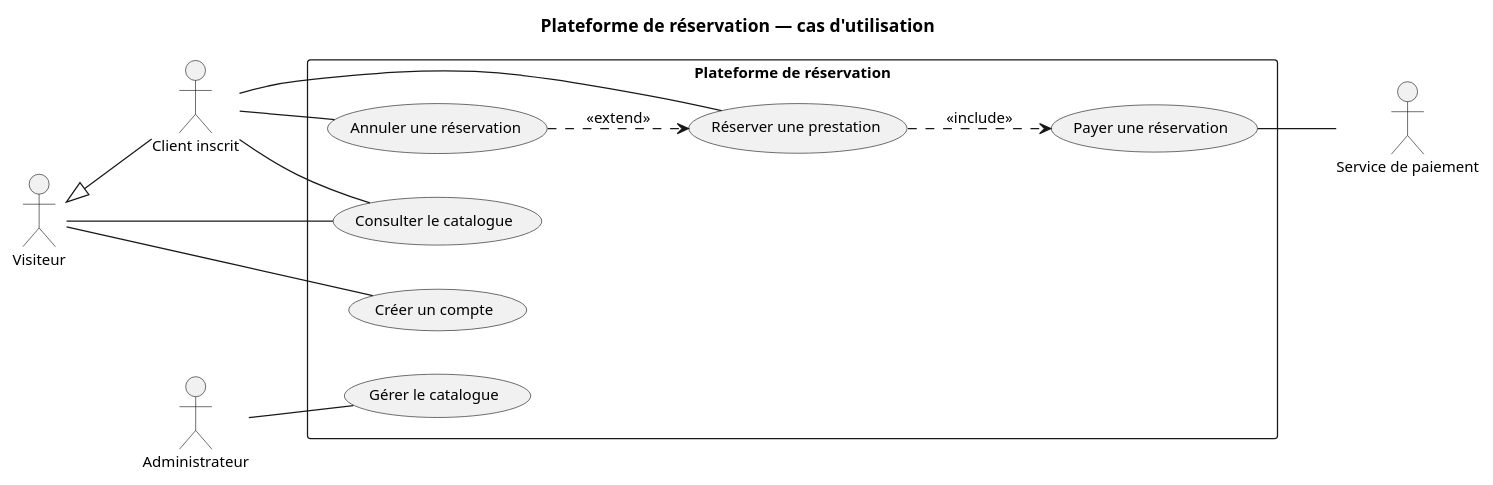
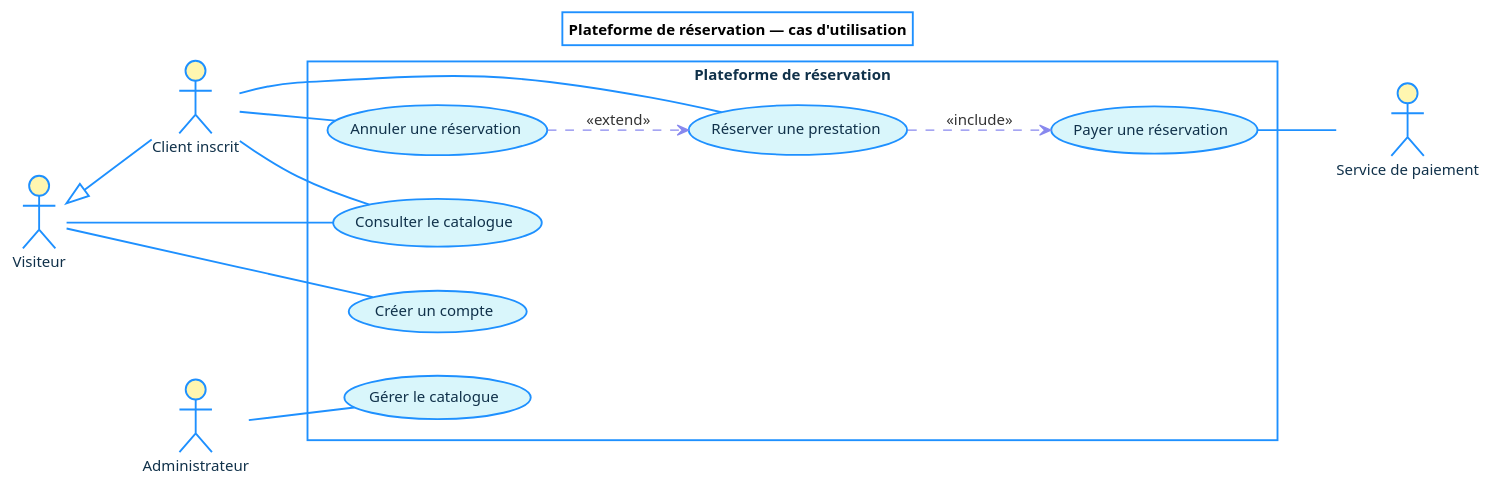
Before and after one commit to STALKER1709/PLANTUMLStudio: the diagram in templates/08-diagramme-cas-utilisation.puml, drawn with PlantUML. The commit also changed 16 other files, not shown here.

```diff
--- a/templates/08-diagramme-cas-utilisation.puml
+++ b/templates/08-diagramme-cas-utilisation.puml
@@ -3,47 +3,97 @@
 @startuml
 title Plateforme de réservation — cas d'utilisation
 
-skinparam defaultFontName "Segoe UI"
-skinparam defaultFontSize 12
+' ── Formalisme commun — voir docs/formalisme.md ──────────────────────
+' Palette : fond cyan clair, bordures et flèches bleues, têtes d'acteurs
+' en jaune pâle. Les états initiaux et finaux restent des cercles pleins.
+<style>
+root {
+  FontName "Segoe UI"
+  FontSize 12
+  BackGroundColor #FFFFFF
+  LineColor #1E90FF
+  LineThickness 1.5
+}
+element {
+  BackGroundColor #D9F6FB
+  LineColor #1E90FF
+  FontColor #10314A
+}
+arrow {
+  LineColor #1E90FF
+  FontColor #333333
+}
+activityDiagram {
+  circle {
+    BackGroundColor #1E90FF
+    LineColor #1E90FF
+  }
+}
+stateDiagram {
+  circle {
+    BackGroundColor #1E90FF
+    LineColor #1E90FF
+  }
+}
+</style>
 skinparam shadowing false
+' Les conteneurs (cadre système, paquetages, nœuds) restent transparents :
+' seuls les éléments qu'ils portent sont colorés, comme dans le formalisme de
+' référence.
+skinparam rectangleBackgroundColor transparent
+skinparam packageBackgroundColor transparent
+skinparam nodeBackgroundColor transparent
+skinparam folderBackgroundColor transparent
+skinparam frameBackgroundColor transparent
+skinparam cloudBackgroundColor transparent
+skinparam actorBackgroundColor #FFF6B0
+skinparam actorBorderColor #1E90FF
+' Marqueurs de visibilité littéraux + - # plutôt que des icônes colorées
+skinparam classAttributeIconSize 0
+' « Il est représenté par un dossier avec son nom à l'intérieur »
+skinparam packageStyle folder
+' Pointes de flèches UML strictes : synchrone, asynchrone, retour
+skinparam style strictuml
 
 left to right direction
 
 ' Un acteur est un élément externe qui joue un rôle dans le système.
 actor "Visiteur" as Visiteur
 actor "Client inscrit" as Client
 actor "Administrateur" as Admin
 actor "Service de paiement" as Paiement
 
 ' Le système est le cadre délimitant l'espace étudié ; son nom figure en haut
 ' et tous les cas d'utilisation se trouvent à l'intérieur.
 rectangle "Plateforme de réservation" {
   ' Un cas d'utilisation est une ellipse, libellée verbe à l'infinitif + objet.
   usecase "Consulter le catalogue" as UC1
   usecase "Créer un compte" as UC2
   usecase "Réserver une prestation" as UC3
   usecase "Payer une réservation" as UC4
   usecase "Annuler une réservation" as UC5
   usecase "Gérer le catalogue" as UC6
 }
 
 ' Association : trait simple reliant un acteur à un cas d'utilisation.
 Visiteur -- UC1
 Visiteur -- UC2
 Client -- UC1
 Client -- UC3
 Client -- UC5
 Admin -- UC6
 UC4 -- Paiement
 
 ' Généralisation entre acteurs : le client inscrit fait tout ce que fait le
 ' visiteur, et davantage. Flèche allant de l'héritier vers l'hérité.
 Visiteur <|-- Client
 
 ' Relations entre cas d'utilisation : flèche à traits interrompus.
+' Les relations entre cas d'utilisation se distinguent des associations
+' acteur-cas par leur teinte lavande.
 ' <<include>> : le paiement fait toujours partie de la réservation.
-UC3 ..> UC4 : <<include>>
+UC3 .[#8888EE].> UC4 : <<include>>
 ' <<extend>> : l'annulation n'intervient que dans certains cas.
-UC5 ..> UC3 : <<extend>>
+UC5 .[#8888EE].> UC3 : <<extend>>
 
 @enduml
```
